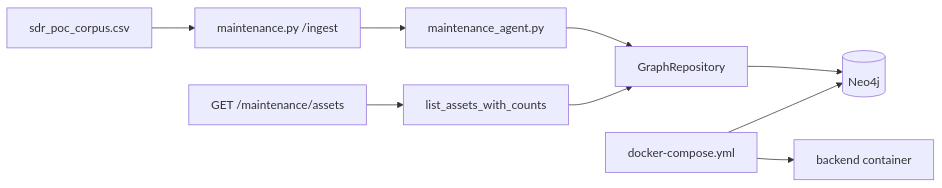
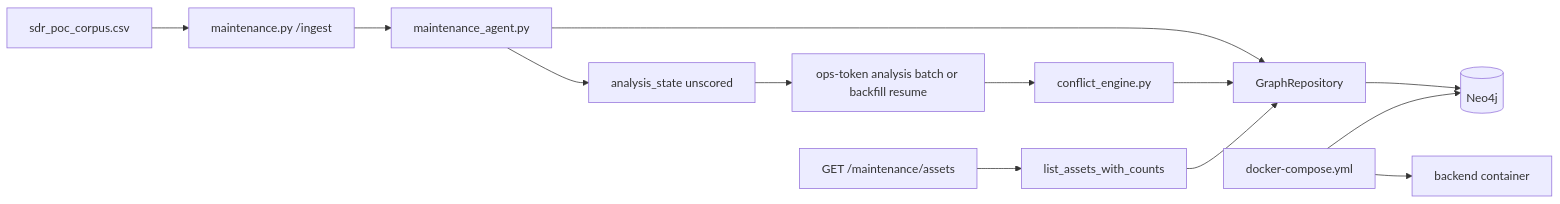
One commit to umaritics/halite changed the diagram in knowledge/flows/FLOW-ingest.md. Above: the diagram before and after it, drawn with Mermaid. The commit also changed other lines of this file and 13 other files, not shown here.

````diff
--- a/knowledge/flows/FLOW-ingest.md
+++ b/knowledge/flows/FLOW-ingest.md
@@ -23,11 +23,15 @@
 ```mermaid
 flowchart LR
   CSV[sdr_poc_corpus.csv] --> Route[maintenance.py /ingest]
   Route --> Agent[maintenance_agent.py]
   Agent --> GR[GraphRepository]
+  Agent --> U[analysis_state unscored]
+  U --> Batch[ops-token analysis batch or backfill resume]
+  Batch --> CE[conflict_engine.py]
+  CE --> GR
   Assets[GET /maintenance/assets] --> Count[list_assets_with_counts]
   Count --> GR
   GR --> N[(Neo4j)]
   Compose[docker-compose.yml] --> N
   Compose --> BE[backend container]
 ```
````
